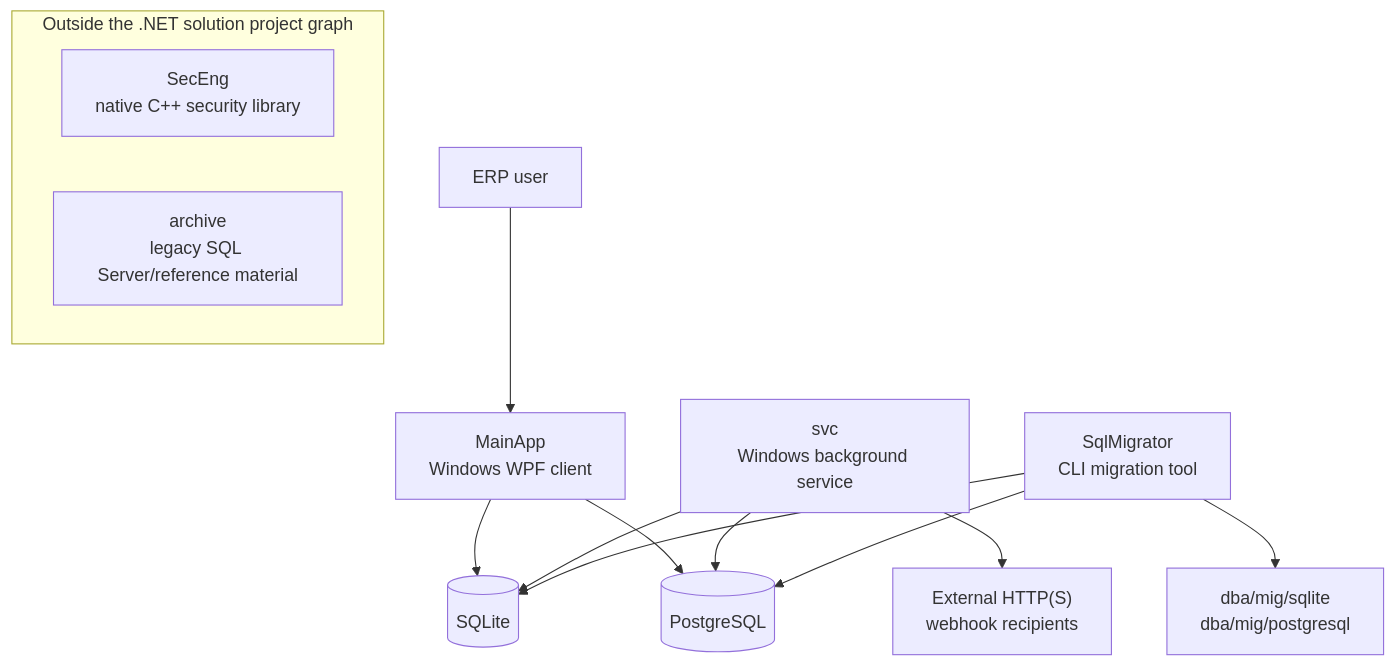
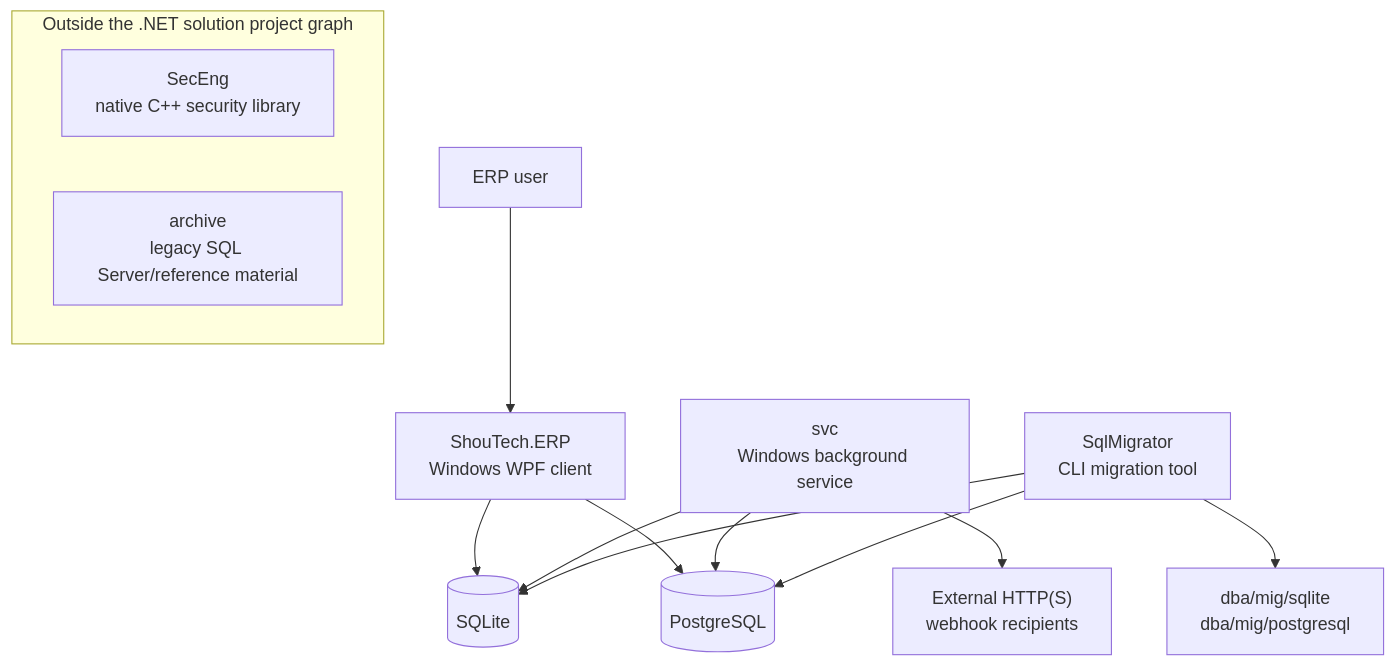
Before and after one commit to Roni4422/ShouTech: the first of 4 diagrams in docs/ARCHITECTURE.md, drawn with Mermaid. The commit also changed other lines of this file, not shown here.

Commit message:
Align architecture guide with canonical root project names

````diff
--- a/docs/ARCHITECTURE.md
+++ b/docs/ARCHITECTURE.md
@@ -7,27 +7,27 @@
 ```mermaid
 flowchart TB
     User[ERP user]
-    Desktop["MainApp<br/>Windows WPF client"]
+    Desktop["ShouTech.ERP<br/>Windows WPF client"]
     Service["svc<br/>Windows background service"]
     Migrator["SqlMigrator<br/>CLI migration tool"]
     Native["SecEng<br/>native C++ security library"]
     SQLite[(SQLite)]
     PostgreSQL[(PostgreSQL)]
     Webhooks["External HTTP(S)<br/>webhook recipients"]
     MigrationFiles["dba/mig/sqlite<br/>dba/mig/postgresql"]
     Archive["archive<br/>legacy SQL Server/reference material"]
 
     User --> Desktop
     Desktop --> SQLite
     Desktop --> PostgreSQL
     Service --> SQLite
     Service --> PostgreSQL
     Service --> Webhooks
     Migrator --> MigrationFiles
     Migrator --> SQLite
     Migrator --> PostgreSQL
     subgraph Separate["Outside the .NET solution project graph"]
         Native["SecEng<br/>native C++ security library"]
         Archive["archive<br/>legacy SQL Server/reference material"]
     end
 ```
````
